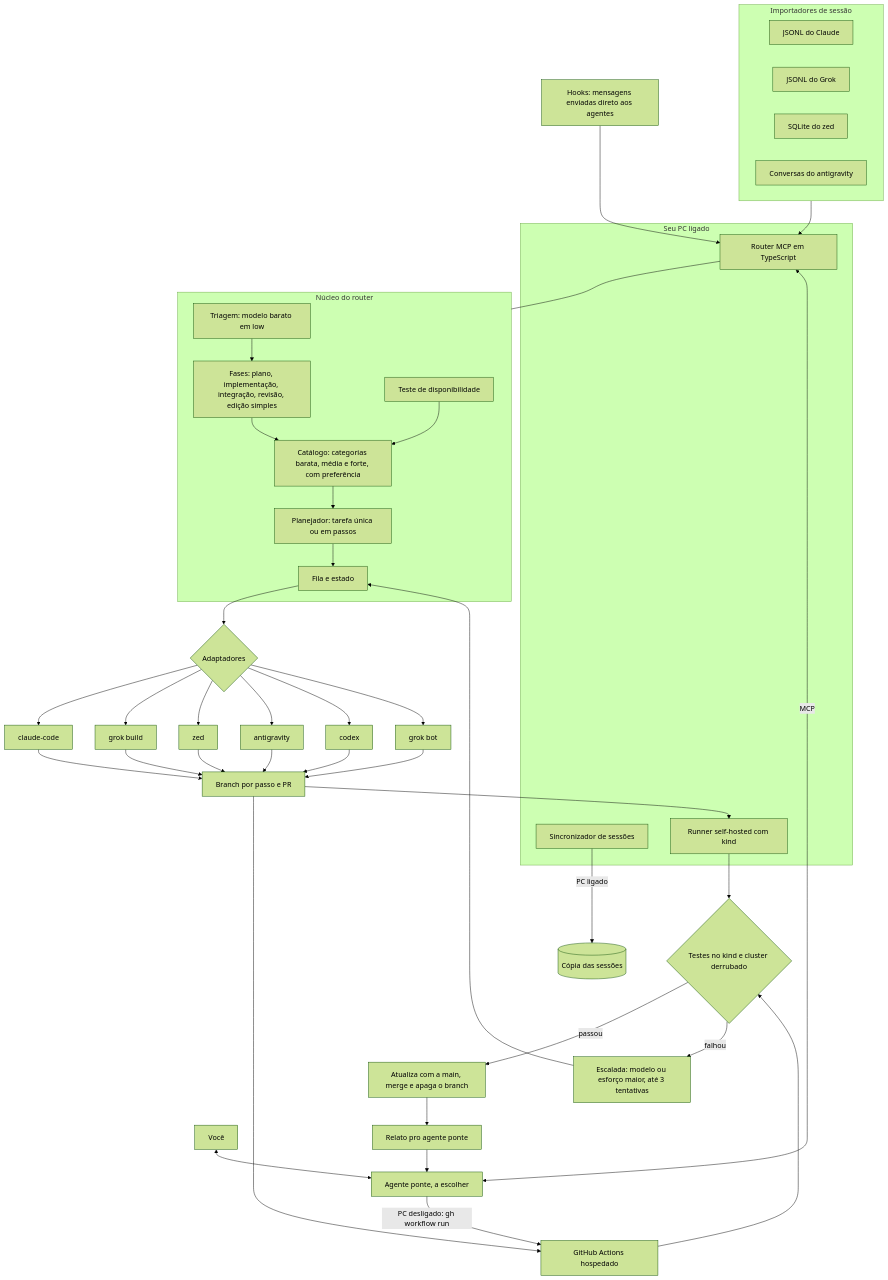
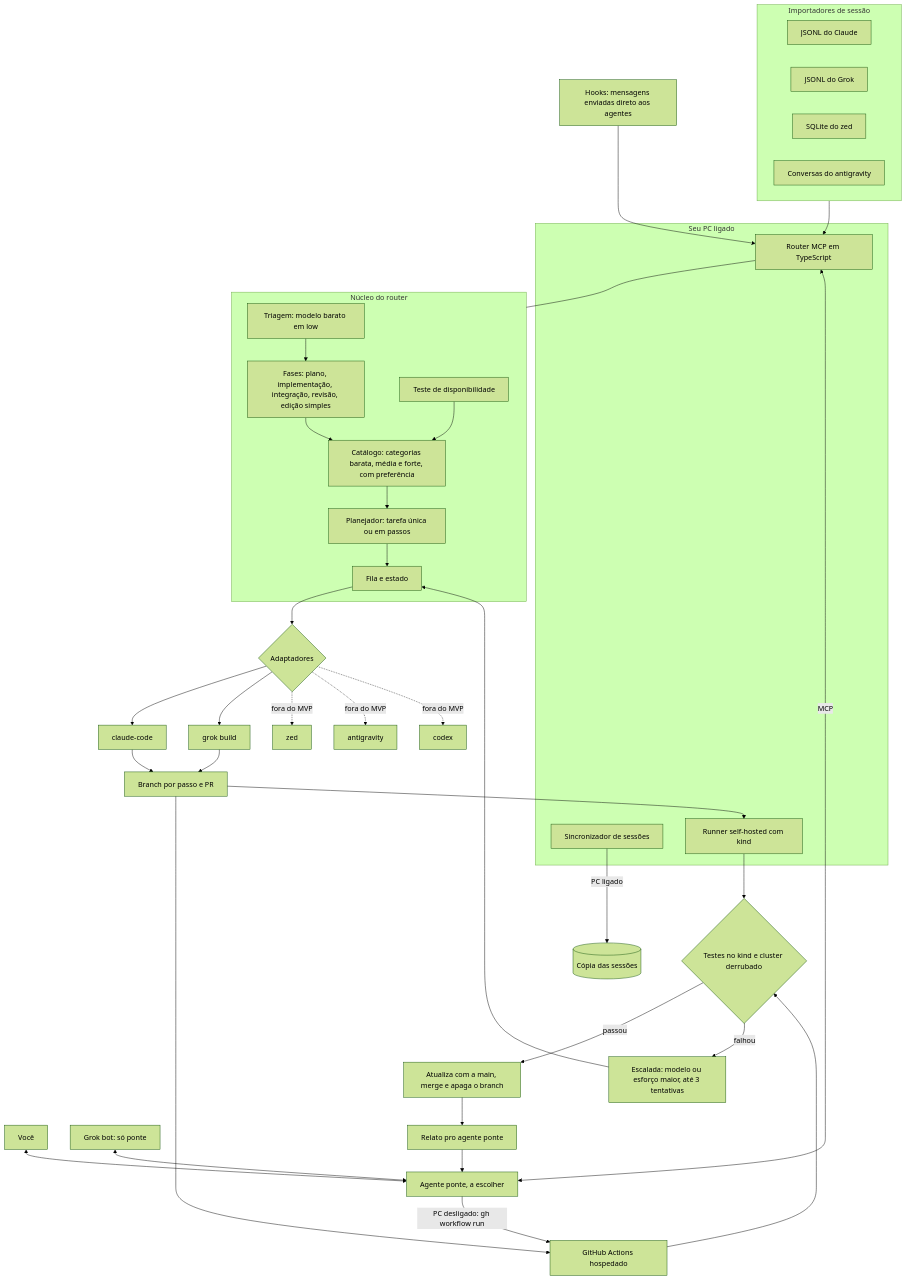
One commit to Lorkyrr/LLM-Router changed the diagram in ARQUITETURA.md. Above: the diagram before and after it, drawn with Mermaid (forest theme). The commit also changed other lines of this file and 6 other files, not shown here.

Commit message:
ci: kind scripts, verify and cloud workflows, cli entry, align architecture doc

````diff
--- a/ARQUITETURA.md
+++ b/ARQUITETURA.md
@@ -7,48 +7,50 @@
 ```mermaid
 flowchart TB
   U[Você] <--> BR[Agente ponte, a escolher]
   HK[Hooks: mensagens enviadas direto aos agentes] --> R
 
   subgraph PC[Seu PC ligado]
     R[Router MCP em TypeScript]
     SYNC[Sincronizador de sessões]
     SH[Runner self-hosted com kind]
   end
 
   BR <-->|MCP| R
+  GK[Grok bot: só ponte] <--> BR
   BR -->|PC desligado: gh workflow run| GH
 
   subgraph CORE[Núcleo do router]
     T[Triagem: modelo barato em low]
     PH[Fases: plano, implementação, integração, revisão, edição simples]
     CAT[Catálogo: categorias barata, média e forte, com preferência]
     AV[Teste de disponibilidade]
     PL[Planejador: tarefa única ou em passos]
     Q[Fila e estado]
   end
   R --- CORE
   T --> PH --> CAT --> PL --> Q
   AV --> CAT
 
   Q --> AD{Adaptadores}
-  AD --> CC[claude-code] & GB[grok build] & ZD[zed] & AG[antigravity] & CX[codex] & GK[grok bot]
+  AD --> CC[claude-code] & GB[grok build]
+  AD -.fora do MVP.-> ZD[zed] & AG[antigravity] & CX[codex]
 
   subgraph IMP[Importadores de sessão]
     I1[JSONL do Claude]
     I2[JSONL do Grok]
     I3[SQLite do zed]
     I4[Conversas do antigravity]
   end
   IMP --> R
   SYNC -->|PC ligado| CLOUDSTORE[(Cópia das sessões)]
 
-  CC & GB & ZD & AG & CX & GK --> BRANCH[Branch por passo e PR]
+  CC & GB --> BRANCH[Branch por passo e PR]
   BRANCH --> SH
   BRANCH --> GH[GitHub Actions hospedado]
   SH & GH --> TEST{Testes no kind e cluster derrubado}
   TEST -->|passou| MERGE[Atualiza com a main, merge e apaga o branch]
   TEST -->|falhou| ESC[Escalada: modelo ou esforço maior, até 3 tentativas]
   ESC --> Q
   MERGE --> REP[Relato pro agente ponte]
   REP --> BR
 ```
````
